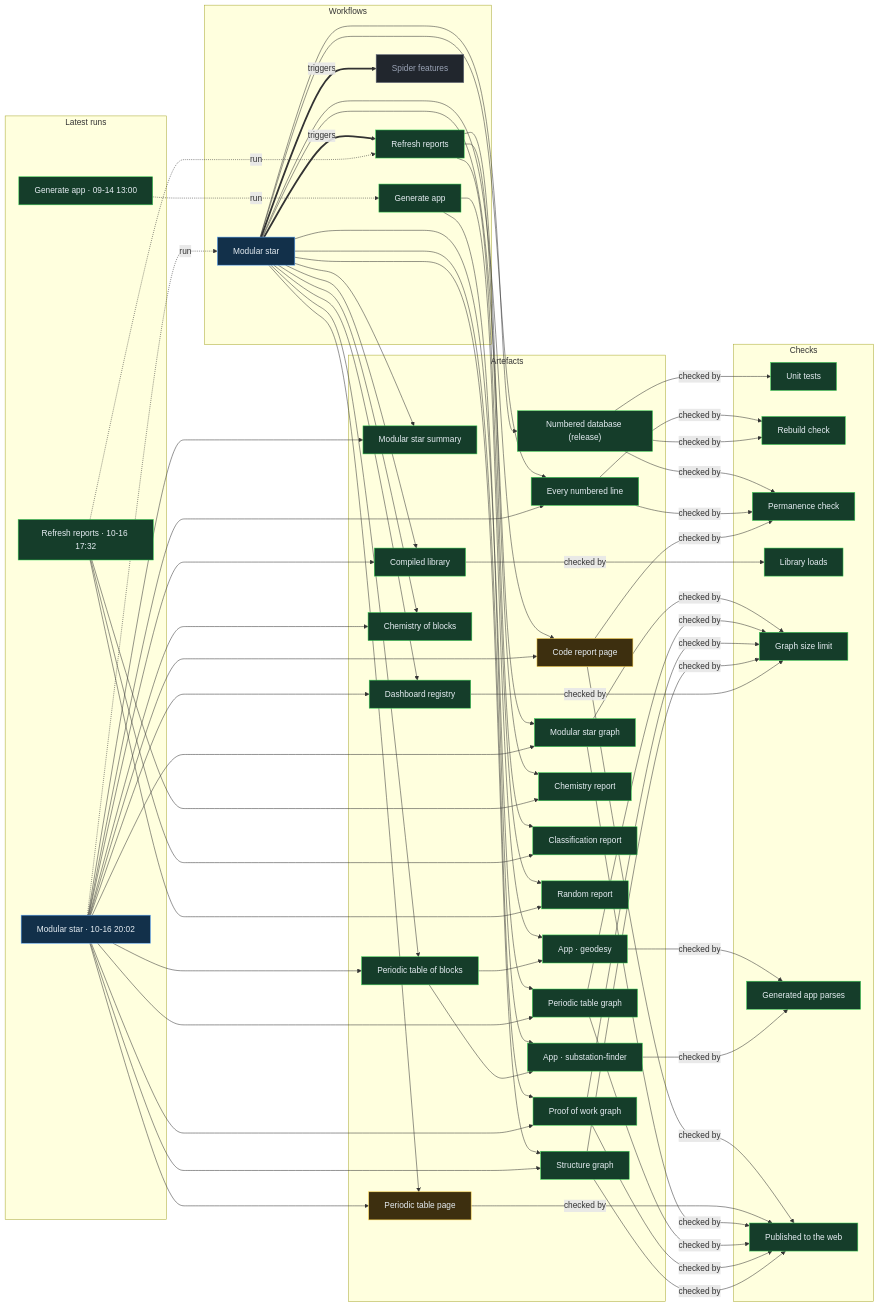
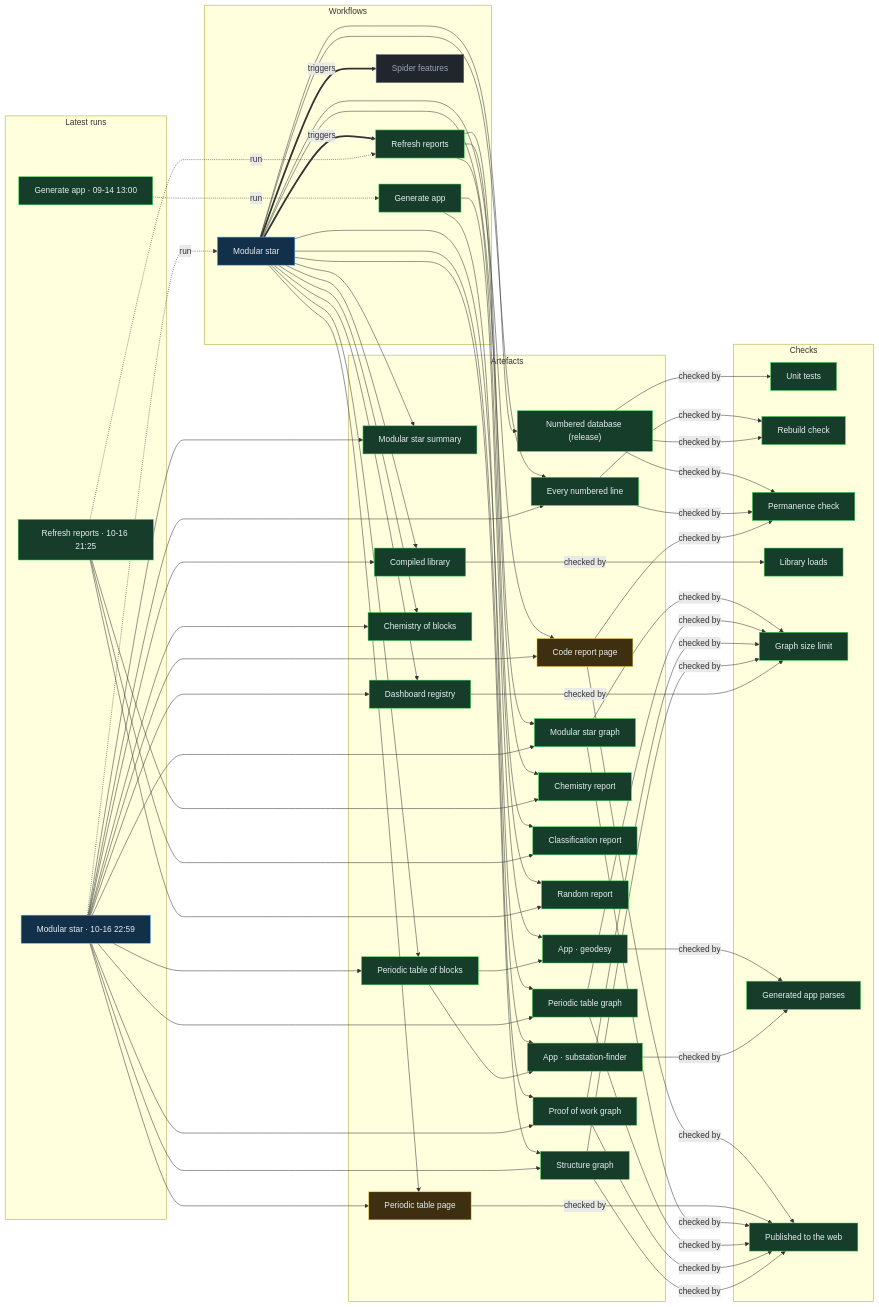
One commit to Ventusltd/stars changed the diagram in proof/PROOF.md. Above: the diagram before and after it, drawn with Mermaid. The commit also changed other lines of this file and 44 other files, not shown here.

Commit message:
Modular star 2026-10-16T23:02Z

```diff
--- a/proof/PROOF.md
+++ b/proof/PROOF.md
@@ -24,8 +24,8 @@
   n_wf_spider_features["Spider features"]:::off
   end
   subgraph g_runs["Latest runs"]
-  n_run_38959364938["Modular star · 10-16 20:02"]:::live
-  n_run_38940492348["Refresh reports · 10-16 17:32"]:::ok
+  n_run_38978956951["Modular star · 10-16 22:59"]:::live
+  n_run_38969274542["Refresh reports · 10-16 21:25"]:::ok
   n_run_34846587798["Generate app · 09-14 13:00"]:::ok
   end
   subgraph g_artefacts["Artefacts"]
@@ -59,39 +59,39 @@
   end
   n_wf_modular_star == triggers ==> n_wf_refresh
   n_wf_modular_star == triggers ==> n_wf_spider_features
-  n_run_38959364938 -. run .-> n_wf_modular_star
-  n_run_38940492348 -. run .-> n_wf_refresh
+  n_run_38978956951 -. run .-> n_wf_modular_star
+  n_run_38969274542 -. run .-> n_wf_refresh
   n_run_34846587798 -. run .-> n_wf_generate
   n_wf_modular_star --> n_art_summary
-  n_run_38959364938 --> n_art_summary
+  n_run_38978956951 --> n_art_summary
   n_wf_modular_star --> n_art_lines
-  n_run_38959364938 --> n_art_lines
+  n_run_38978956951 --> n_art_lines
   n_wf_modular_star --> n_art_code
-  n_run_38959364938 --> n_art_code
+  n_run_38978956951 --> n_art_code
   n_wf_modular_star --> n_art_modular_graph
-  n_run_38959364938 --> n_art_modular_graph
+  n_run_38978956951 --> n_art_modular_graph
   n_wf_modular_star --> n_art_blocks
-  n_run_38959364938 --> n_art_blocks
+  n_run_38978956951 --> n_art_blocks
   n_wf_modular_star --> n_art_table
-  n_run_38959364938 --> n_art_table
+  n_run_38978956951 --> n_art_table
   n_wf_modular_star --> n_art_blocks_graph
-  n_run_38959364938 --> n_art_blocks_graph
+  n_run_38978956951 --> n_art_blocks_graph
   n_wf_modular_star --> n_art_reactions
-  n_run_38959364938 --> n_art_reactions
+  n_run_38978956951 --> n_art_reactions
   n_wf_modular_star --> n_art_library
-  n_run_38959364938 --> n_art_library
+  n_run_38978956951 --> n_art_library
   n_wf_modular_star --> n_art_features
-  n_run_38959364938 --> n_art_features
+  n_run_38978956951 --> n_art_features
   n_wf_modular_star --> n_art_proof
-  n_run_38959364938 --> n_art_proof
+  n_run_38978956951 --> n_art_proof
   n_wf_modular_star --> n_art_structure
-  n_run_38959364938 --> n_art_structure
+  n_run_38978956951 --> n_art_structure
   n_wf_refresh --> n_art_chemistry
-  n_run_38940492348 --> n_art_chemistry
+  n_run_38969274542 --> n_art_chemistry
   n_wf_refresh --> n_art_vedic
-  n_run_38940492348 --> n_art_vedic
+  n_run_38969274542 --> n_art_vedic
   n_wf_refresh --> n_art_random
-  n_run_38940492348 --> n_art_random
+  n_run_38969274542 --> n_art_random
   n_wf_modular_star --> n_art_release
   n_wf_generate --> n_app_geodesy
   n_art_blocks --> n_app_geodesy
```
